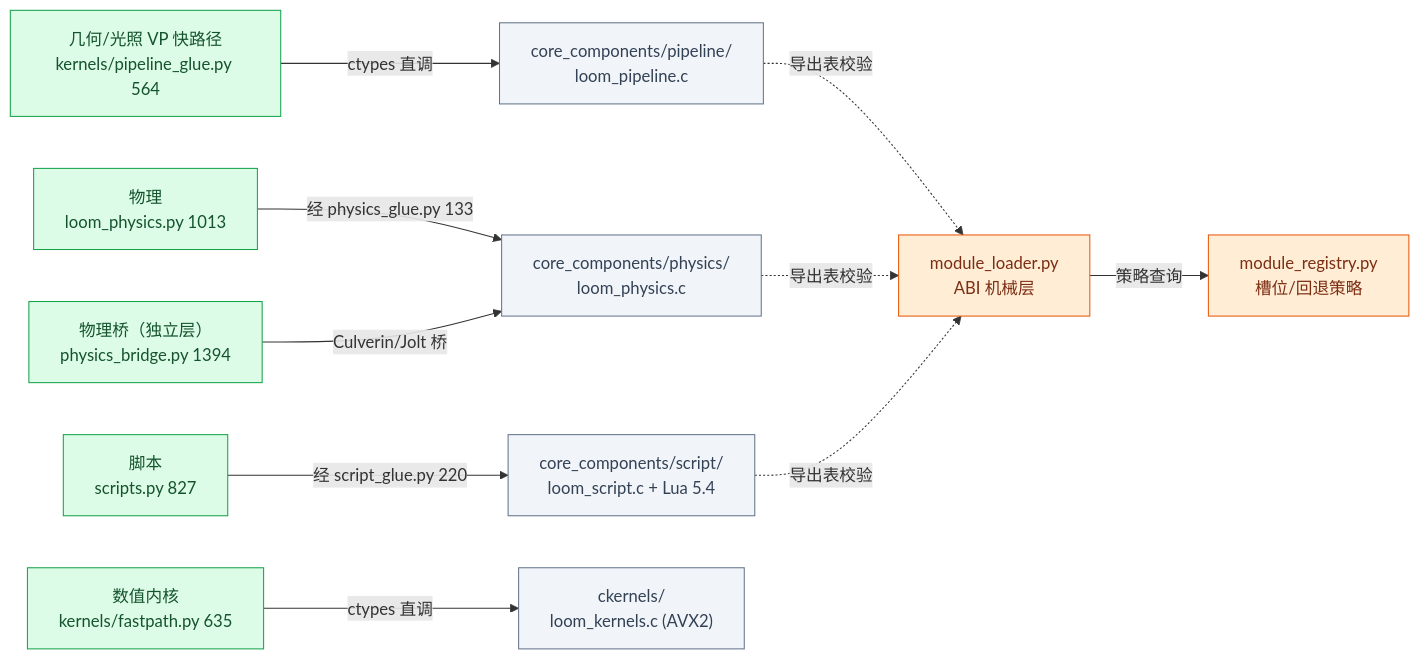
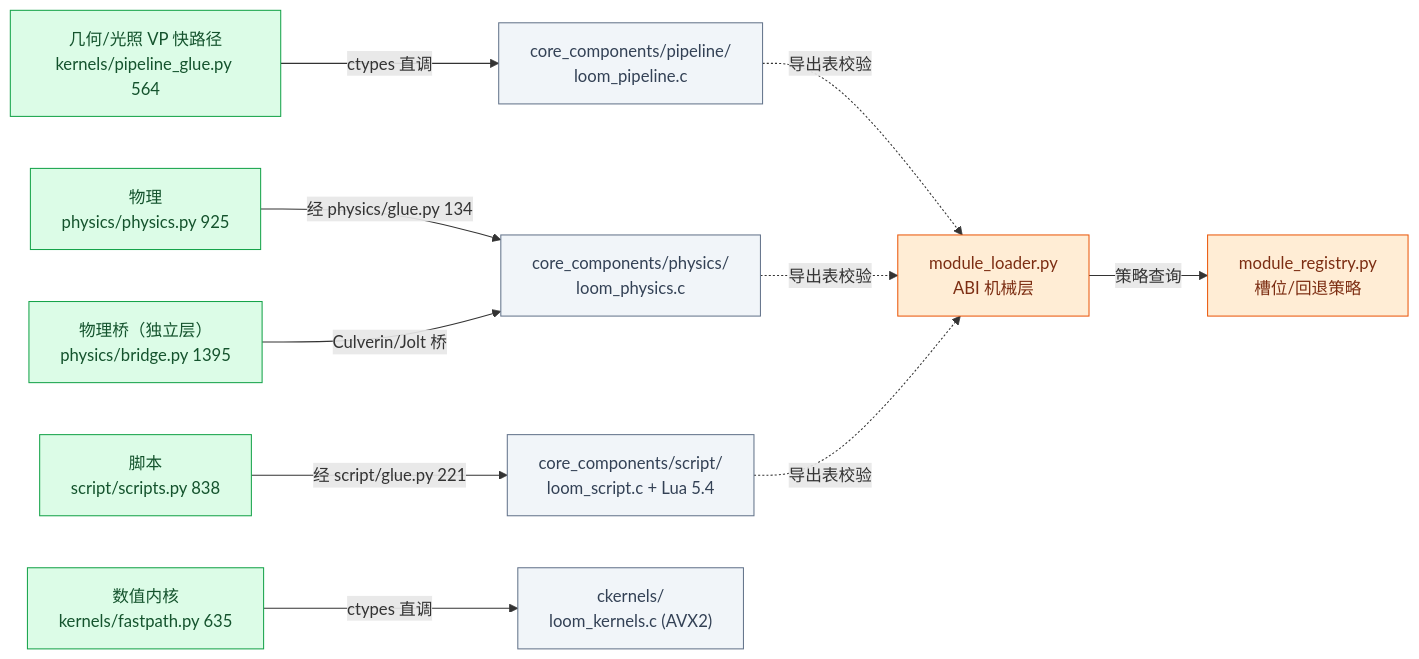
Before and after one commit to lhy302/WeaveEngine: the seventh of 23 diagrams in ARCHITECTURE.md, drawn with Mermaid. The commit also changed other lines of this file and 102 other files, not shown here.

````diff
--- a/ARCHITECTURE.md
+++ b/ARCHITECTURE.md
@@ -336,26 +336,26 @@
 ```mermaid
 flowchart LR
   PY1["几何/光照 VP 快路径<br/>kernels/pipeline_glue.py 564"]:::impl
-  PY2["物理<br/>loom_physics.py 1013"]:::impl
-  PY3["物理桥（独立层）<br/>physics_bridge.py 1394"]:::impl
-  PY4["脚本<br/>scripts.py 827"]:::impl
+  PY2["物理<br/>physics/physics.py 925"]:::impl
+  PY3["物理桥（独立层）<br/>physics/bridge.py 1395"]:::impl
+  PY4["脚本<br/>script/scripts.py 838"]:::impl
   PY5["数值内核<br/>kernels/fastpath.py 635"]:::impl
   C1["core_components/pipeline/<br/>loom_pipeline.c"]:::file
   C2["core_components/physics/<br/>loom_physics.c"]:::file
   C3["core_components/script/<br/>loom_script.c + Lua 5.4"]:::file
   C4["ckernels/<br/>loom_kernels.c (AVX2)"]:::file
   L["module_loader.py<br/>ABI 机械层"]:::contract
   R["module_registry.py<br/>槽位/回退策略"]:::contract
   PY1 -->|ctypes 直调| C1
-  PY2 -->|经 physics_glue.py 133| C2
+  PY2 -->|经 physics/glue.py 134| C2
   PY3 -->|Culverin/Jolt 桥| C2
-  PY4 -->|经 script_glue.py 220| C3
+  PY4 -->|经 script/glue.py 221| C3
   PY5 -->|ctypes 直调| C4
   C1 -.->|导出表校验| L
   C2 -.->|导出表校验| L
   C3 -.->|导出表校验| L
   L -->|策略查询| R
   classDef impl fill:#dcfce7,stroke:#16a34a,color:#14532d
   classDef contract fill:#ffedd5,stroke:#ea580c,color:#7c2d12
   classDef file fill:#f1f5f9,stroke:#64748b,color:#334155
 ```
````
